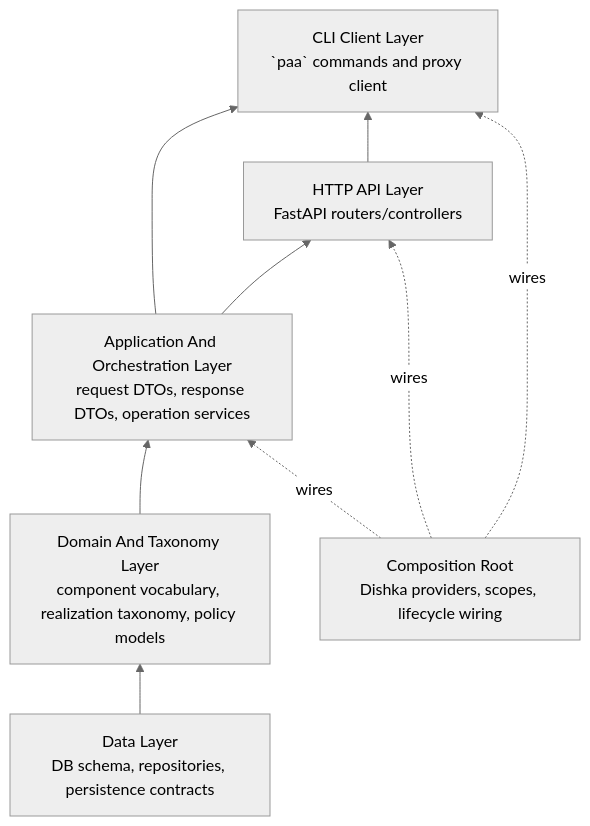
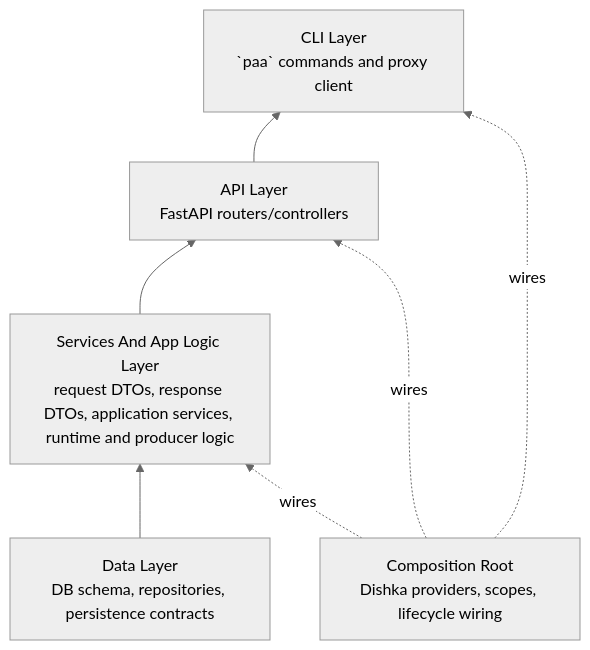
Before and after one commit to billyweisberg/paa-platform: the second of 2 diagrams in docs/3_Plan/2026-06-04-paa-python-methodology-workflow-and-build-sequence.md, drawn with Mermaid (neutral theme). The commit also changed other lines of this file and 5 other files, not shown here.

````diff
--- a/docs/3_Plan/2026-06-04-paa-python-methodology-workflow-and-build-sequence.md
+++ b/docs/3_Plan/2026-06-04-paa-python-methodology-workflow-and-build-sequence.md
@@ -135,12 +135,10 @@
 ```mermaid
 flowchart BT
-    DL["Data Layer\nDB schema, repositories, persistence contracts"] --> DM["Domain And Taxonomy Layer\ncomponent vocabulary, realization taxonomy, policy models"]
-    DM --> APP["Application And Orchestration Layer\nrequest DTOs, response DTOs, operation services"]
-    APP --> API["HTTP API Layer\nFastAPI routers/controllers"]
-    APP --> CLI["CLI Client Layer\n`paa` commands and proxy client"]
-    API --> CLI
+    DL["Data Layer\nDB schema, repositories, persistence contracts"] --> APP["Services And App Logic Layer\nrequest DTOs, response DTOs, application services, runtime and producer logic"]
+    APP --> API["API Layer\nFastAPI routers/controllers"]
+    API --> CLI["CLI Layer\n`paa` commands and proxy client"]
 
     COMP["Composition Root\nDishka providers, scopes, lifecycle wiring"] -.wires.-> APP
     COMP -.wires.-> API
     COMP -.wires.-> CLI
 ```
````
